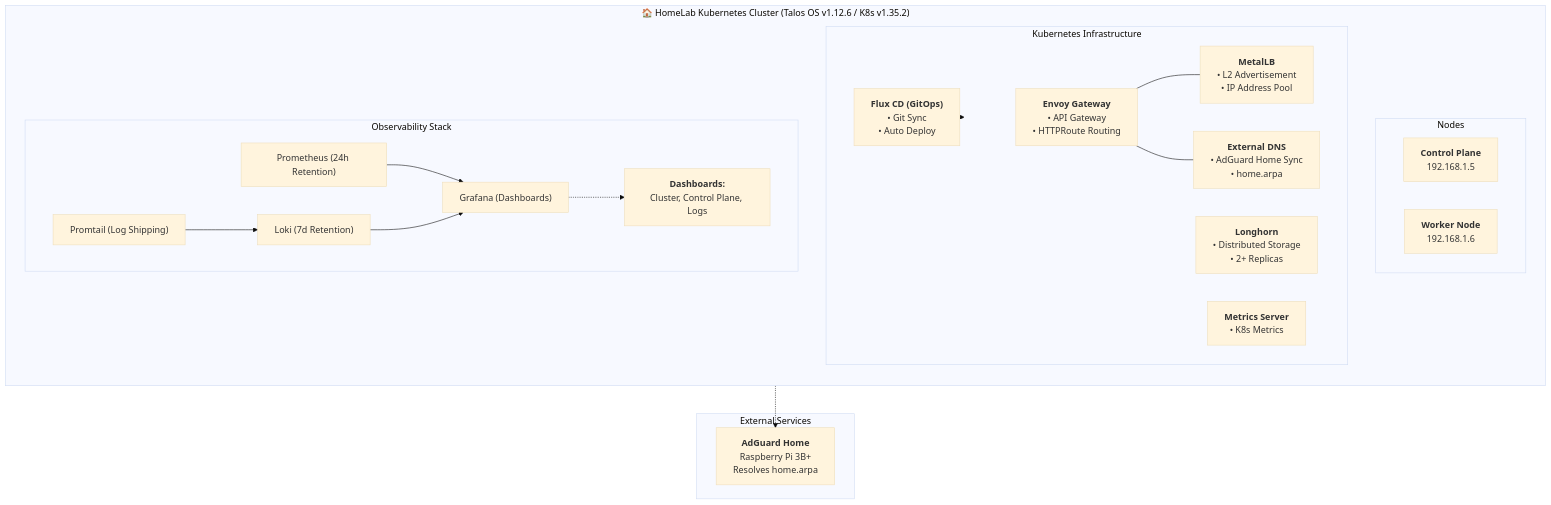
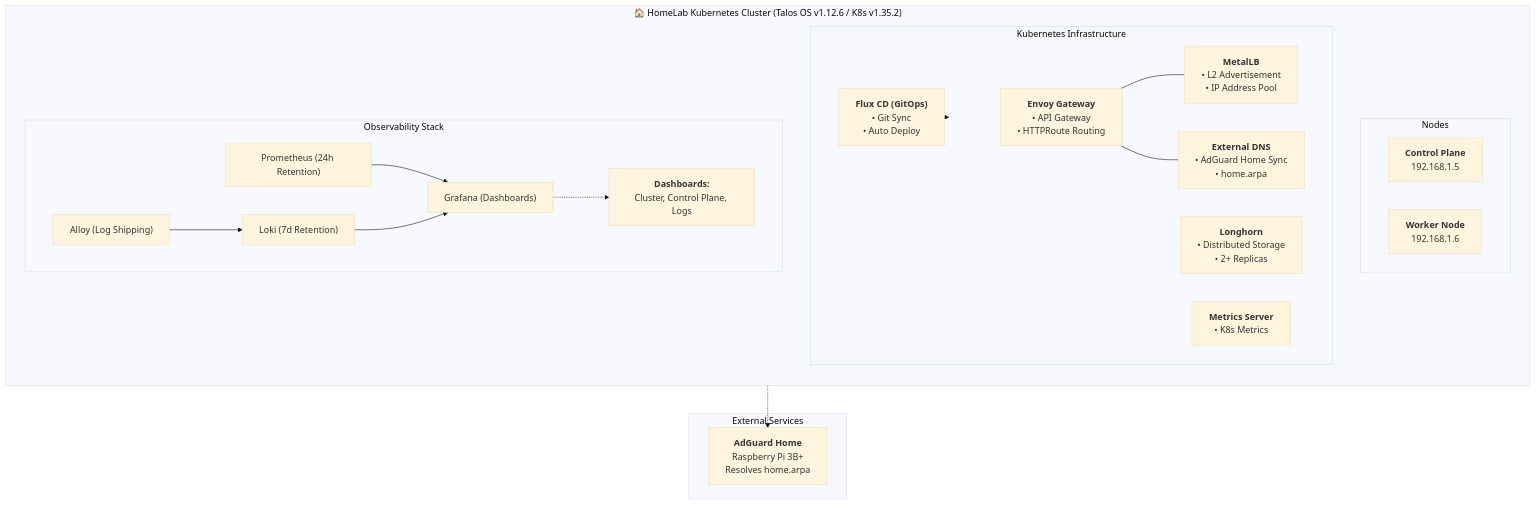
Before and after one commit to danifuuu/homelab: the diagram in README.md, drawn with Mermaid (base theme). The commit also changed other lines of this file and 4 other files, not shown here.

Commit message:
feat(monitoring): replacing promtail setup by alloy

````diff
--- a/README.md
+++ b/README.md
@@ -28,47 +28,47 @@
 ```mermaid
 graph TD
     subgraph HomeLab ["🏠 HomeLab Kubernetes Cluster (Talos OS v1.12.6 / K8s v1.35.2)"]
         direction TB
         
         subgraph Nodes ["Nodes"]
             CP["<b>Control Plane</b><br/>192.168.1.5"]
             WK["<b>Worker Node</b><br/>192.168.1.6"]
         end
 
         subgraph Infra ["Kubernetes Infrastructure"]
             direction LR
             Flux["<b>Flux CD (GitOps)</b><br/>• Git Sync<br/>• Auto Deploy"]
             EG["<b>Envoy Gateway</b><br/>• API Gateway<br/>• HTTPRoute Routing"]
             
             EDNS["<b>External DNS</b><br/>• AdGuard Home Sync<br/>• home.arpa"]
             MLB["<b>MetalLB</b><br/>• L2 Advertisement<br/>• IP Address Pool"]
             
             LH["<b>Longhorn</b><br/>• Distributed Storage<br/>• 2+ Replicas"]
             MS["<b>Metrics Server</b><br/>• K8s Metrics"]
         end
 
         subgraph Obs ["Observability Stack"]
             Prom["Prometheus (24h Retention)"]
             Graf["Grafana (Dashboards)"]
             Loki["Loki (7d Retention)"]
-            Tail["Promtail (Log Shipping)"]
+            Tail["Alloy (Log Shipping)"]
             
             Dash["<b>Dashboards:</b><br/>Cluster, Control Plane, Logs"]
             
             Prom --> Graf
             Loki --> Graf
             Tail --> Loki
             Graf -.-> Dash
         end
     end
 
     subgraph External ["External Services"]
         AGH["<b>AdGuard Home</b><br/>Raspberry Pi 3B+<br/>Resolves home.arpa"]
     end
 
     %% Connections
     EDNS -.-> AGH
     EG --- MLB
     EG --- EDNS
     Flux -.-> Infra
 ```
````
